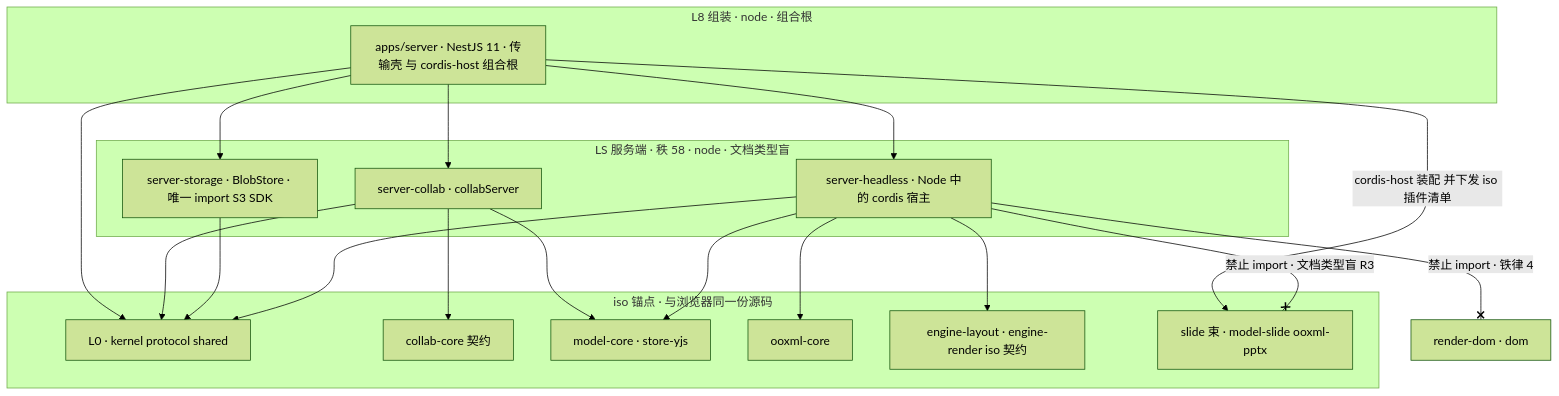
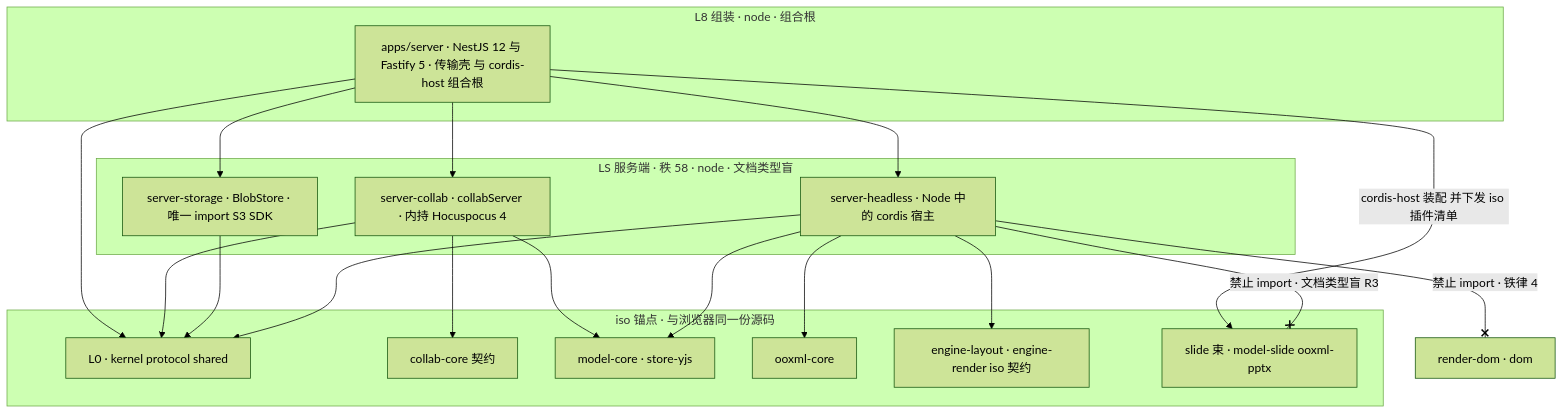
Diagram 12 of 36 in docs/40-modules/18-atlas-system-and-frontend.md (Xeonice/cordis-ppt-editor), drawn with Mermaid (forest theme) before and after one commit. The commit also changed other lines of this file and 78 other files, not shown here.

````diff
--- a/docs/40-modules/18-atlas-system-and-frontend.md
+++ b/docs/40-modules/18-atlas-system-and-frontend.md
@@ -431,35 +440,35 @@
 ```mermaid
 flowchart TB
   subgraph l8s["L8 组装 · node · 组合根"]
-    appsServer["apps/server · NestJS 11 · 传输壳 与 cordis-host 组合根"]
+    appsServer["apps/server · NestJS 12 与 Fastify 5 · 传输壳 与 cordis-host 组合根"]
   end
   subgraph ls["LS 服务端 · 秩 58 · node · 文档类型盲"]
-    serverCollab["server-collab · collabServer"]
+    serverCollab["server-collab · collabServer · 内持 Hocuspocus 4"]
     serverStorage["server-storage · BlobStore · 唯一 import S3 SDK"]
     serverHeadless["server-headless · Node 中的 cordis 宿主"]
   end
   subgraph isoAnchors["iso 锚点 · 与浏览器同一份源码"]
     l0["L0 · kernel protocol shared"]
     collabCoreD["collab-core 契约"]
     modelStore["model-core · store-yjs"]
     ooxmlCoreD["ooxml-core"]
     engines["engine-layout · engine-render iso 契约"]
     slideBundle["slide 束 · model-slide ooxml-pptx"]
   end
   renderDomX["render-dom · dom"]
   appsServer --> serverCollab
   appsServer --> serverStorage
   appsServer --> serverHeadless
   appsServer --> l0
   appsServer -- "cordis-host 装配 并下发 iso 插件清单" --> slideBundle
   serverCollab --> collabCoreD
   serverCollab --> modelStore
   serverCollab --> l0
   serverStorage --> l0
   serverHeadless --> l0
   serverHeadless --> modelStore
   serverHeadless --> ooxmlCoreD
   serverHeadless --> engines
   serverHeadless --x|"禁止 import · 文档类型盲 R3"| slideBundle
   serverHeadless --x|"禁止 import · 铁律 4"| renderDomX
 ```
````
